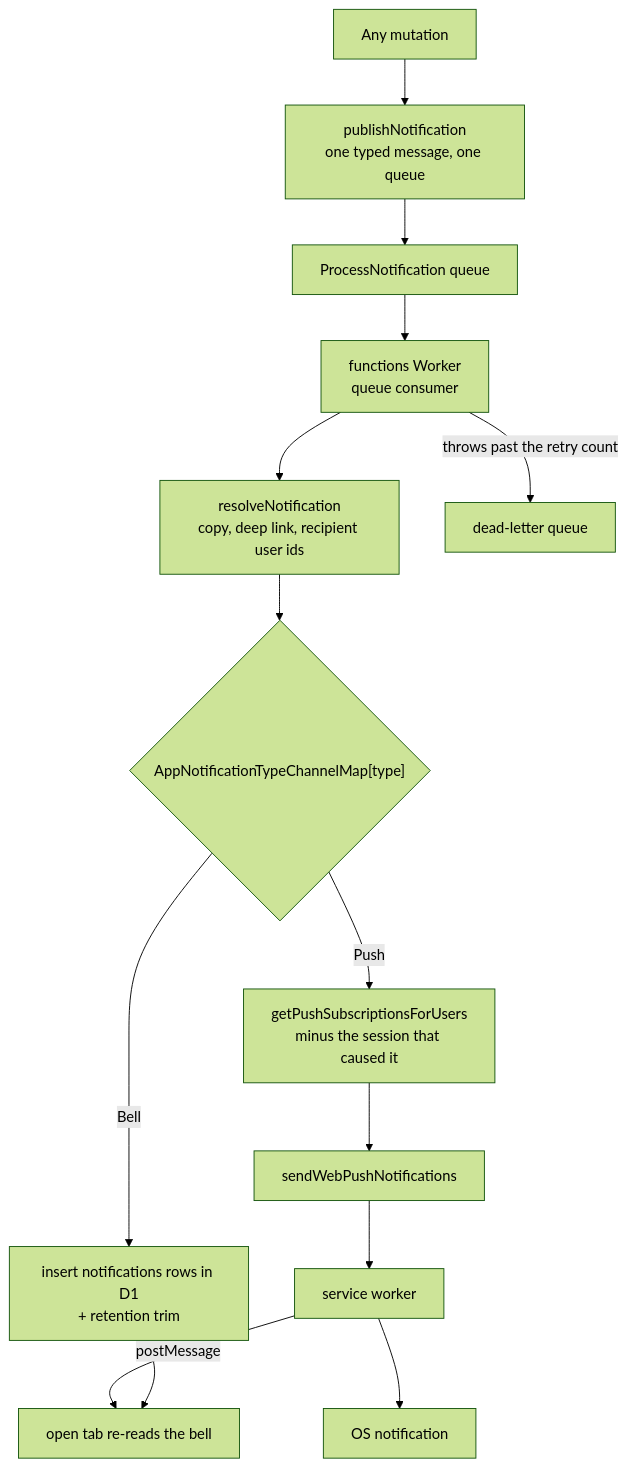
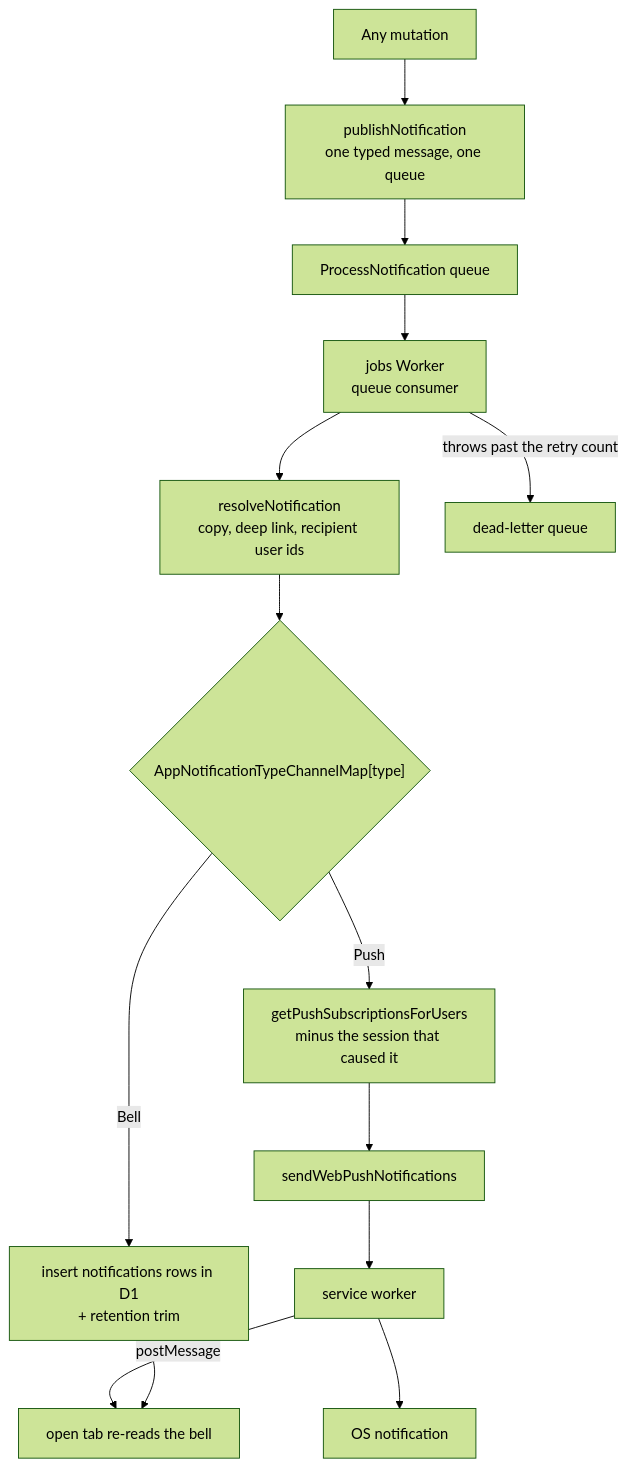
One commit to Esposter/Esposter changed the diagram in openspec/specs/architecture/notifications/design.md. Above: the diagram before and after it, drawn with Mermaid (forest theme). The commit also changed other lines of this file and 89 other files, not shown here.

````diff
--- a/openspec/specs/architecture/notifications/design.md
+++ b/openspec/specs/architecture/notifications/design.md
@@ -9,16 +9,16 @@
 ```mermaid
 flowchart TD
   SRC["Any mutation"] --> PUB["publishNotification<br/>one typed message, one queue"]
   PUB --> Q["ProcessNotification queue"]
-  Q --> FN["functions Worker<br/>queue consumer"]
+  Q --> FN["jobs Worker<br/>queue consumer"]
   FN --> RES["resolveNotification<br/>copy, deep link, recipient user ids"]
   RES --> POL{"AppNotificationTypeChannelMap[type]"}
   POL -->|Bell| ROW["insert notifications rows in D1<br/>+ retention trim"]
   POL -->|Push| SUB["getPushSubscriptionsForUsers<br/>minus the session that caused it"]
   SUB --> WP["sendWebPushNotifications"]
   WP --> SW["service worker"]
   SW --> OS["OS notification"]
   SW -->|postMessage| TAB["open tab re-reads the bell"]
   ROW --> TAB
   FN -->|"throws past the retry count"| DLQ["dead-letter queue"]
 ```
````
